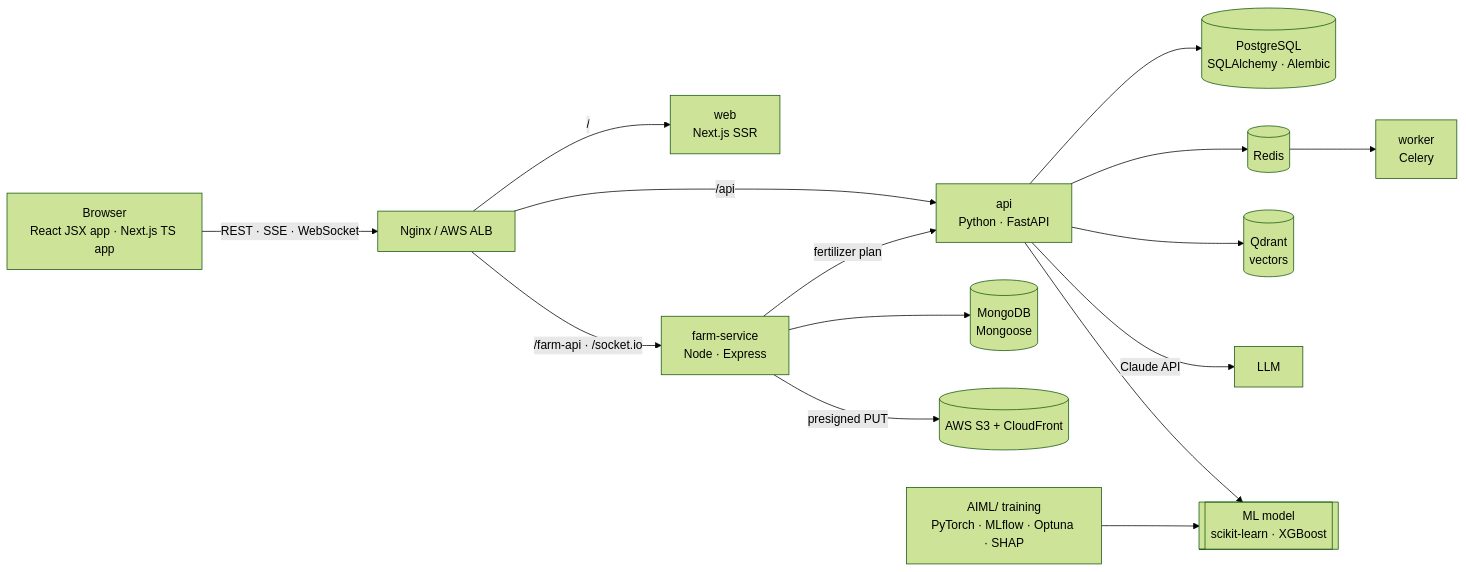
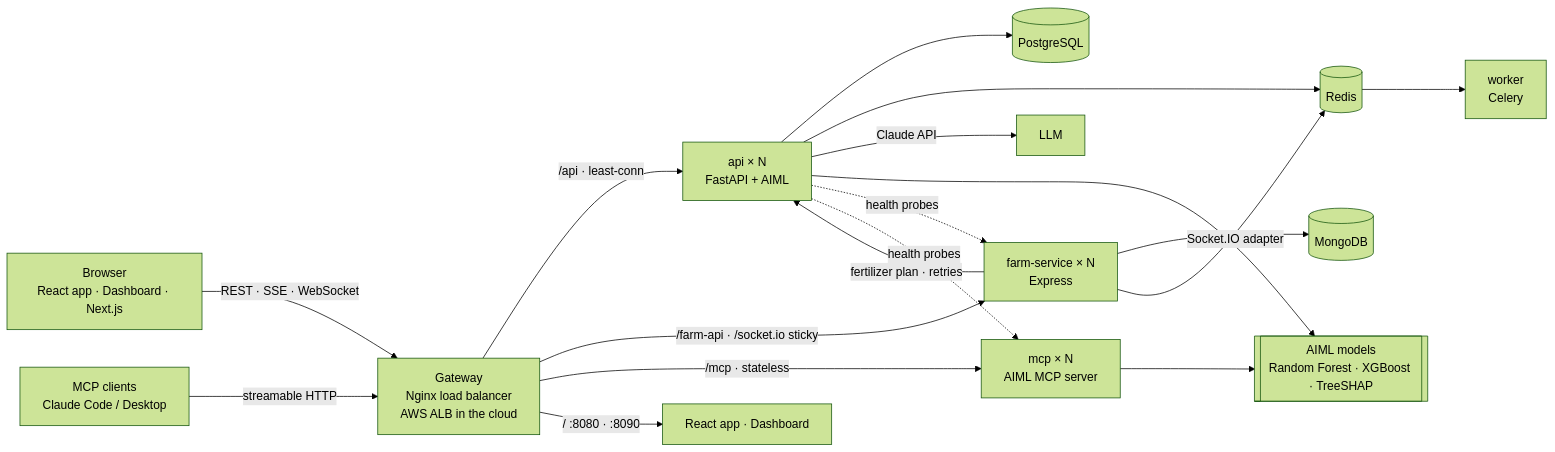
Before and after one commit to Aamiruem/Agricultural-Production-Optimization: the diagram in README.md, drawn with Mermaid (forest theme). The commit also changed other lines of this file and 1 other file, not shown here.

````diff
--- a/README.md
+++ b/README.md
@@ -8,16 +10,18 @@
 ```mermaid
 flowchart LR
-  B[Browser<br/>React JSX app · Next.js TS app] -->|REST · SSE · WebSocket| N[Nginx / AWS ALB]
-  N -->|/| W[web<br/>Next.js SSR]
-  N -->|/api| A[api<br/>Python · FastAPI]
-  N -->|/farm-api · /socket.io| F[farm-service<br/>Node · Express]
-  A --> PG[(PostgreSQL<br/>SQLAlchemy · Alembic)]
-  A --> R[(Redis)] --> C[worker<br/>Celery]
-  A --> Q[(Qdrant<br/>vectors)]
+  B[Browser<br/>React app · Dashboard · Next.js] -->|REST · SSE · WebSocket| G[Gateway<br/>Nginx load balancer<br/>AWS ALB in the cloud]
+  C[MCP clients<br/>Claude Code / Desktop] -->|streamable HTTP| G
+  G -->|/api · least-conn| A[api × N<br/>FastAPI + AIML]
+  G -->|/farm-api · /socket.io sticky| F[farm-service × N<br/>Express]
+  G -->|/mcp · stateless| M[mcp × N<br/>AIML MCP server]
+  G -->|/ :8080 · :8090| W[React app · Dashboard]
+  A --> PG[(PostgreSQL)]
+  A --> R[(Redis)] --> C2[worker<br/>Celery]
   A -->|Claude API| L[LLM]
-  A --> M[[ML model<br/>scikit-learn · XGBoost]]
-  F --> MG[(MongoDB<br/>Mongoose)]
-  F -->|presigned PUT| S3[(AWS S3 + CloudFront)]
-  F -->|fertilizer plan| A
-  T[AIML/ training<br/>PyTorch · MLflow · Optuna · SHAP] --> M
+  A --> ML[[AIML models<br/>Random Forest · XGBoost · TreeSHAP]]
+  M --> ML
+  F --> MG[(MongoDB)]
+  F -->|Socket.IO adapter| R
+  F -->|fertilizer plan · retries| A
+  A -.->|health probes| F & M
 ```
````
